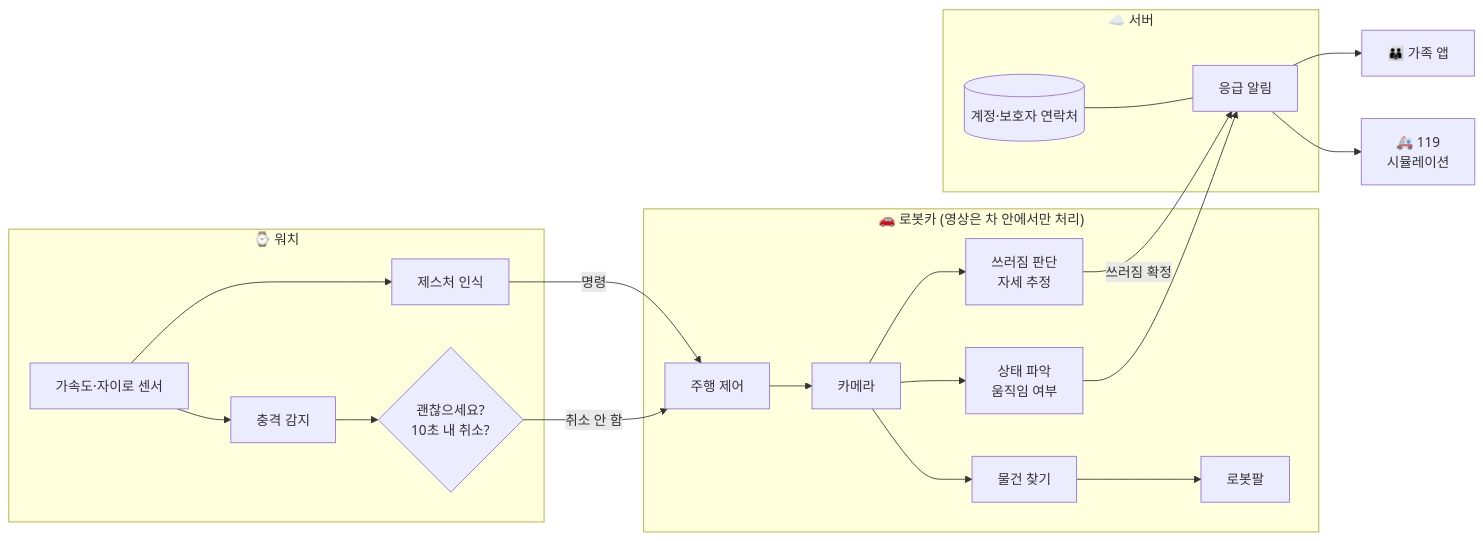
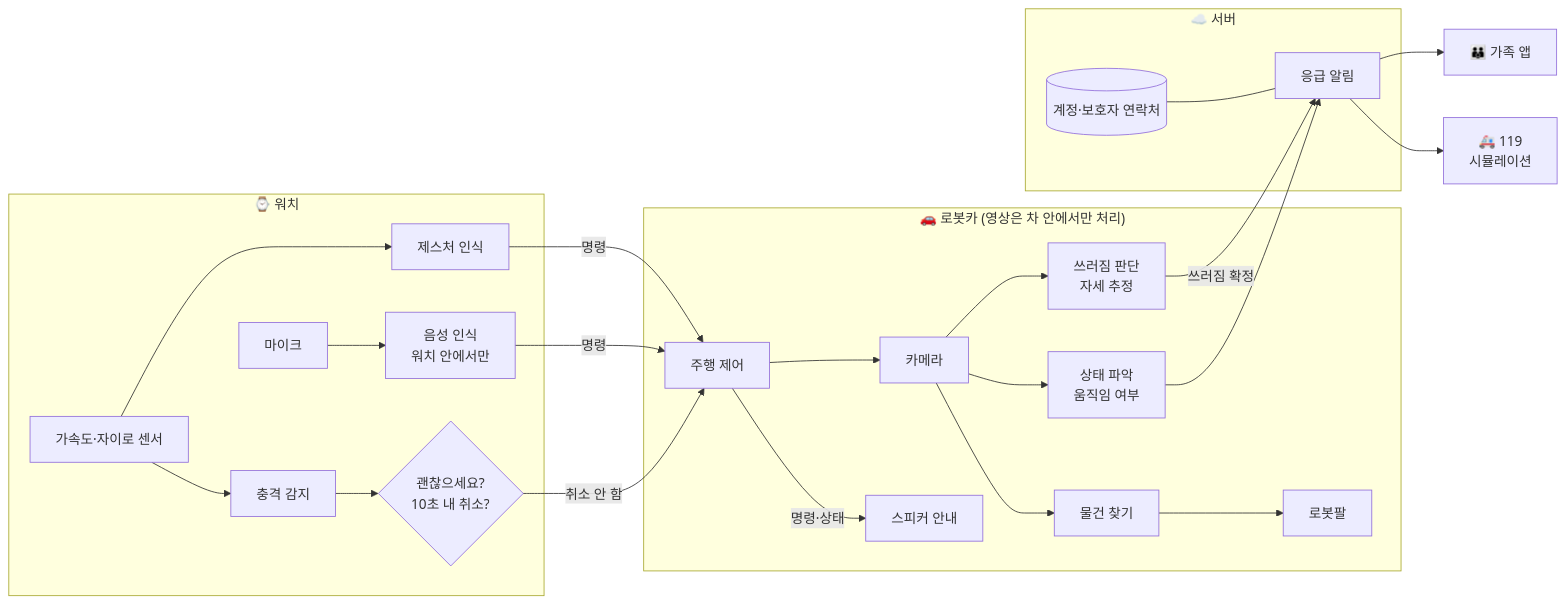
One commit to W-tch0ut/watchout changed the diagram in README.md. Above: the diagram before and after it, drawn with Mermaid. The commit also changed other lines of this file and 1 other file, not shown here.

Commit message:
docs: 음성 명령은 워치, 안내는 로봇카로 README·CLAUDE.md 갱신 (#68)

````diff
--- a/README.md
+++ b/README.md
@@ -71,27 +73,30 @@
 ```mermaid
 flowchart LR
     subgraph Watch["⌚ 워치"]
         S[가속도·자이로 센서] --> GR[제스처 인식]
         S --> IM[충격 감지]
+        MIC[마이크] --> VR[음성 인식<br/>워치 안에서만]
         IM --> OK{괜찮으세요?<br/>10초 내 취소?}
     end
     subgraph Car["🚗 로봇카 (영상은 차 안에서만 처리)"]
         CTRL[주행 제어]
         CAM[카메라] --> FD[쓰러짐 판단<br/>자세 추정]
         CAM --> ST[상태 파악<br/>움직임 여부]
         CAM --> OBJ[물건 찾기]
         OBJ --> ARM[로봇팔]
+        CTRL -->|명령·상태| SPK[스피커 안내]
     end
     subgraph Server["☁️ 서버"]
         DB[(계정·보호자 연락처)]
         NOTI[응급 알림]
     end
     GR -->|명령| CTRL
+    VR -->|명령| CTRL
     OK -->|취소 안 함| CTRL
     CTRL --> CAM
     FD -->|쓰러짐 확정| NOTI
     ST --> NOTI
     NOTI --> FAM[👪 가족 앱]
     NOTI --> E119[🚑 119<br/>시뮬레이션]
     DB --- NOTI
 ```
````
